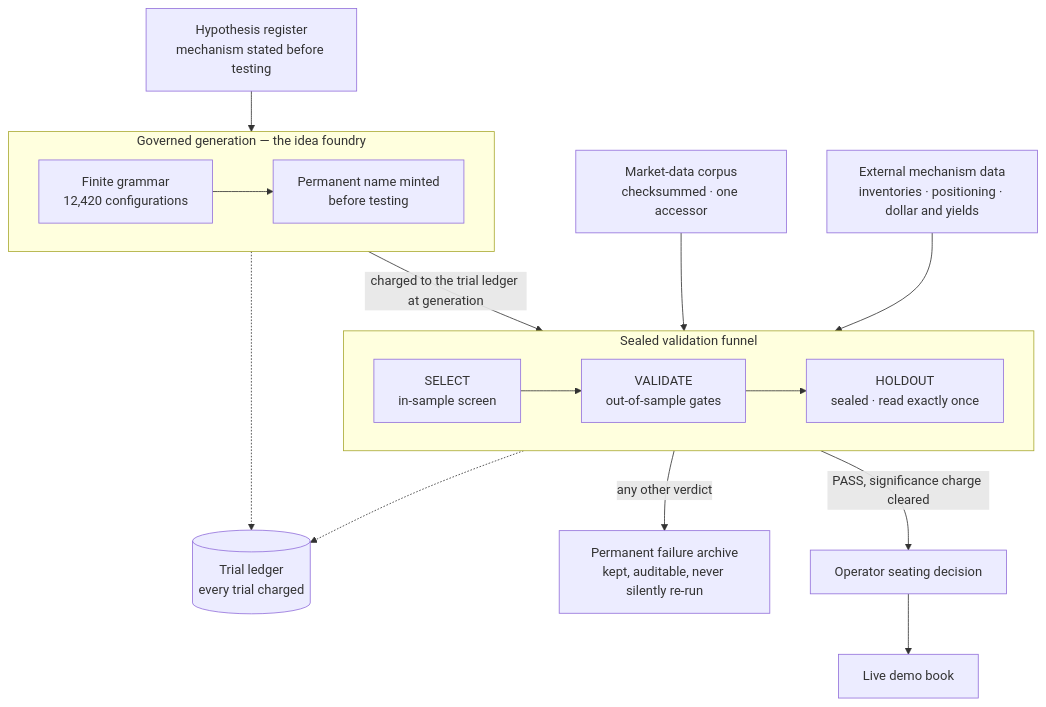
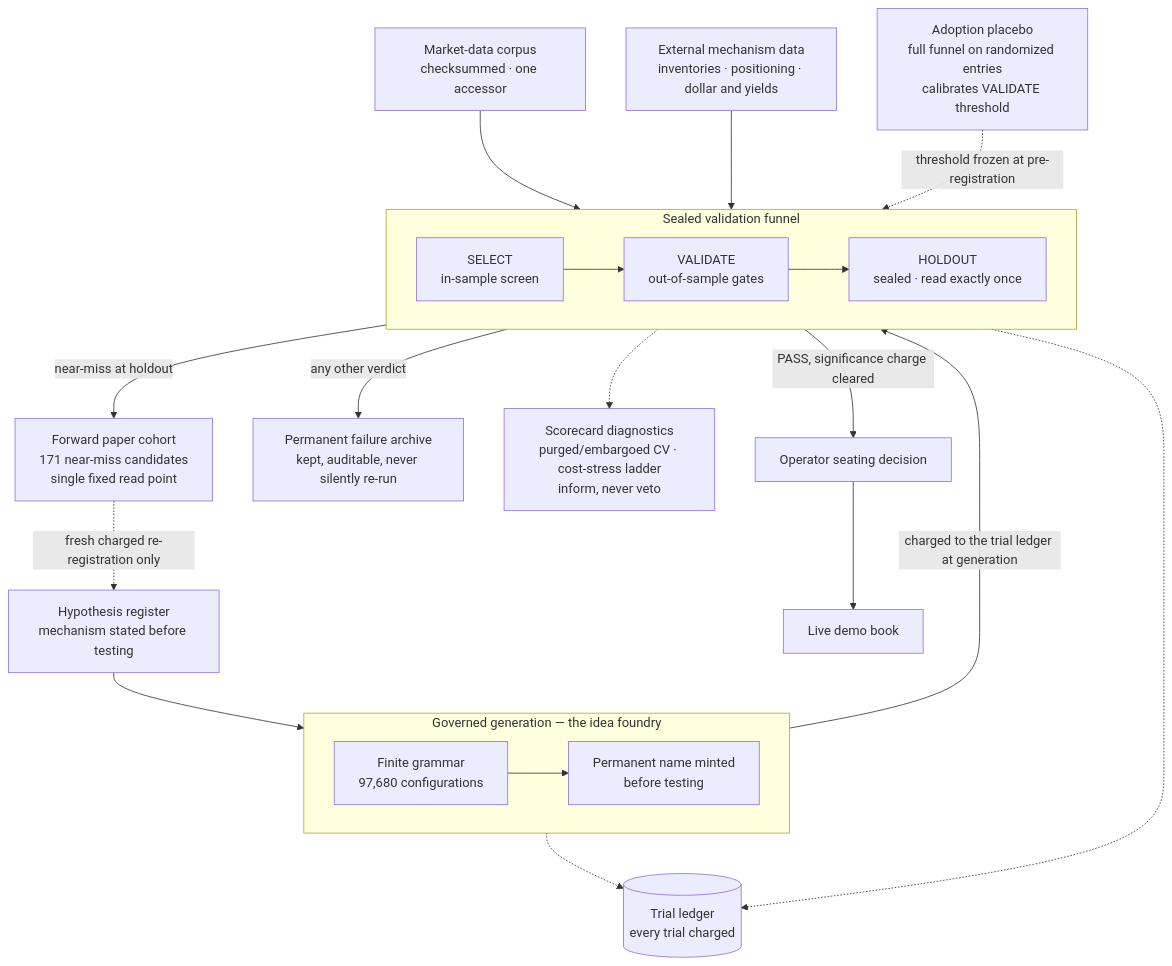
The second of 2 diagrams in docs/architecture.md (kopekijay11-hub/OrbitAlgo), drawn with Mermaid before and after one commit. The commit also changed other lines of this file and 1 other file, not shown here.

Commit message:
Update README and architecture to the November 2026 state: frontier guard, dashboard chart/feed, shadow HTF context gate, Programme #2 complete (zero certified), Programme #3 geometry + validation stack; remove returns figure from validation story

````diff
--- a/docs/architecture.md
+++ b/docs/architecture.md
@@ -58,24 +62,31 @@
 ```mermaid
 flowchart TD
     REG["Hypothesis register<br/>mechanism stated before testing"] --> GEN
     CORPUS["Market-data corpus<br/>checksummed · one accessor"] --> FUNNEL
     EXT["External mechanism data<br/>inventories · positioning · dollar and yields"] --> FUNNEL
     subgraph GEN["Governed generation — the idea foundry"]
-        GRAM["Finite grammar<br/>12,420 configurations"]
+        GRAM["Finite grammar<br/>97,680 configurations"]
         NAME["Permanent name minted<br/>before testing"]
         GRAM --> NAME
     end
     GEN -->|"charged to the trial ledger at generation"| FUNNEL
     subgraph FUNNEL["Sealed validation funnel"]
         SEL["SELECT<br/>in-sample screen"]
         VAL["VALIDATE<br/>out-of-sample gates"]
         HOLD["HOLDOUT<br/>sealed · read exactly once"]
         SEL --> VAL --> HOLD
     end
     FUNNEL -->|"PASS, significance charge cleared"| SEAT["Operator seating decision"]
     SEAT --> BOOK["Live demo book"]
     FUNNEL -->|"any other verdict"| ARCH["Permanent failure archive<br/>kept, auditable, never silently re-run"]
     LEDGER[("Trial ledger<br/>every trial charged")]
     GEN -.-> LEDGER
     FUNNEL -.-> LEDGER
+    PLAC["Adoption placebo<br/>full funnel on randomized entries<br/>calibrates VALIDATE threshold"]
+    DIAG["Scorecard diagnostics<br/>purged/embargoed CV · cost-stress ladder<br/>inform, never veto"]
+    COH["Forward paper cohort<br/>171 near-miss candidates<br/>single fixed read point"]
+    PLAC -.->|"threshold frozen at pre-registration"| FUNNEL
+    FUNNEL -.-> DIAG
+    FUNNEL -->|"near-miss at holdout"| COH
+    COH -.->|"fresh charged re-registration only"| REG
 ```
````
